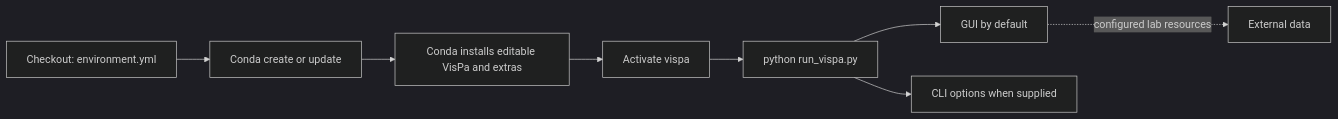
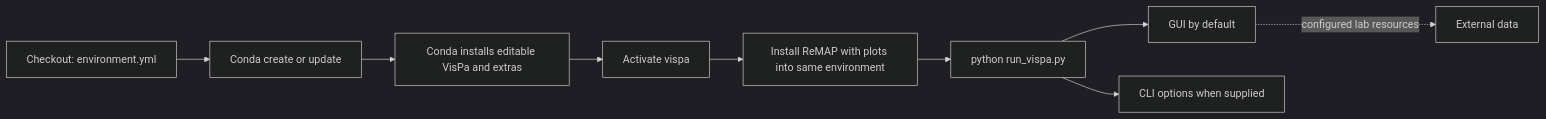
One commit to bylaikaby/VisPa changed the third of 5 diagrams in README.md. Above: the diagram before and after it, drawn with Mermaid (dark theme). The commit also changed other lines of this file and 12 other files, not shown here.

````diff
--- a/README.md
+++ b/README.md
@@ -197,10 +198,11 @@
 ```mermaid
 flowchart LR
   Y[Checkout: environment.yml] --> C[Conda create or update]
   C --> P[Conda installs editable VisPa and extras]
   P --> A[Activate vispa]
-  A --> R[python run_vispa.py]
+  A --> X[Install ReMAP with plots into same environment]
+  X --> R[python run_vispa.py]
   R --> G[GUI by default]
   R --> O[CLI options when supplied]
   G -. configured lab resources .-> D[External data]
 ```
````
